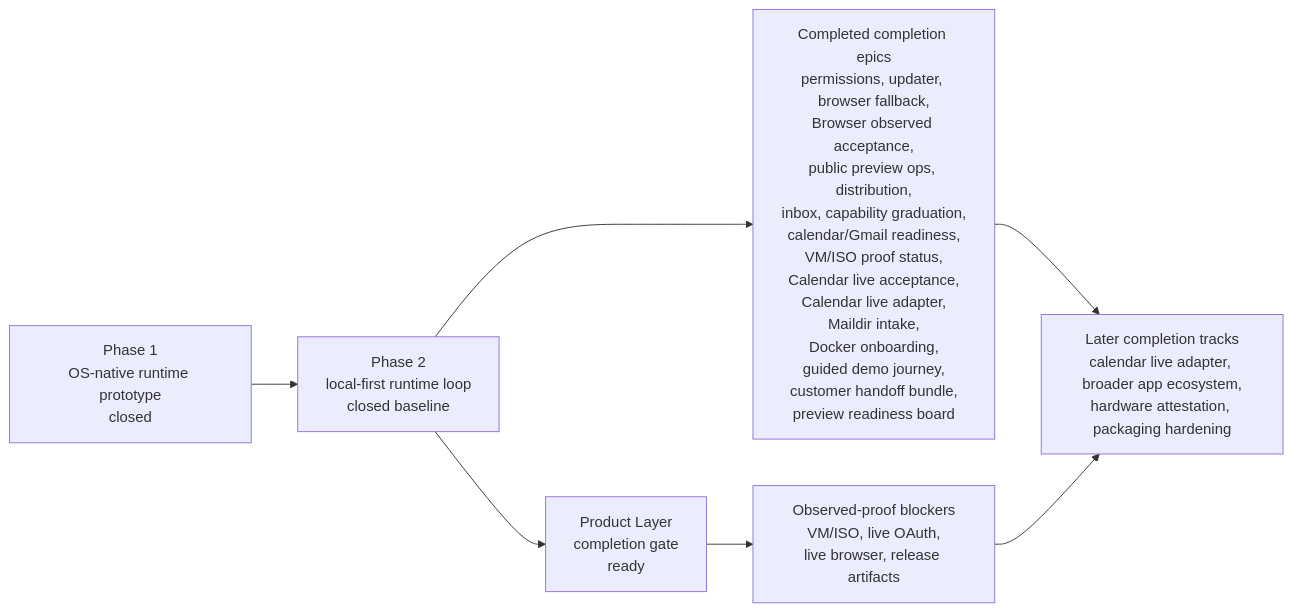
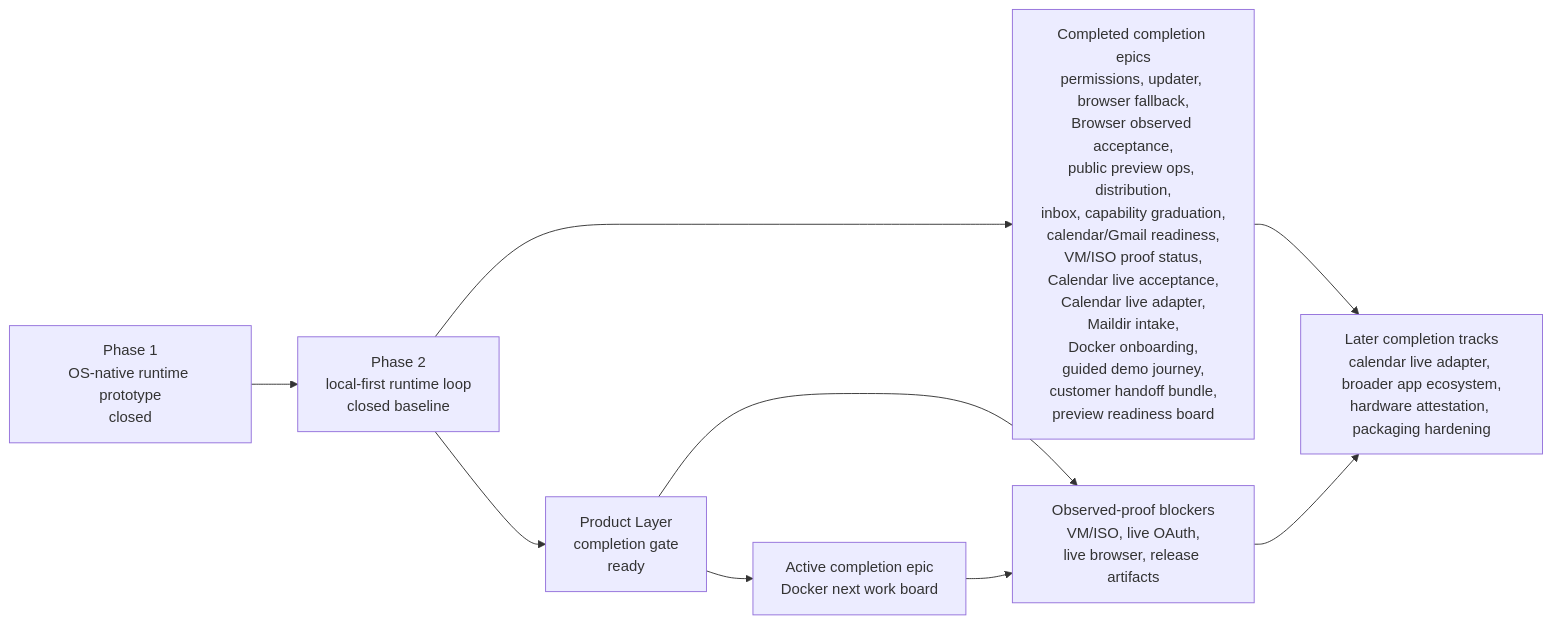
Before and after one commit to Jongtae/agentos: the diagram in README.md, drawn with Mermaid. The commit also changed other lines of this file and 10 other files, not shown here.

Commit message:
Add Docker next work board

````diff
--- a/README.md
+++ b/README.md
@@ -179,15 +179,17 @@
 ```mermaid
 flowchart LR
   phase1["Phase 1\nOS-native runtime prototype\nclosed"]
   phase2["Phase 2\nlocal-first runtime loop\nclosed baseline"]
   ready["Product Layer\ncompletion gate\nready"]
+  active["Active completion epic\nDocker next work board"]
   completed["Completed completion epics\npermissions, updater, browser fallback,\nBrowser observed acceptance,\npublic preview ops, distribution,\ninbox, capability graduation,\ncalendar/Gmail readiness,\nVM/ISO proof status,\nCalendar live acceptance,\nCalendar live adapter,\nMaildir intake,\nDocker onboarding,\nguided demo journey,\ncustomer handoff bundle,\npreview readiness board"]
   blocked["Observed-proof blockers\nVM/ISO, live OAuth,\nlive browser, release artifacts"]
   future["Later completion tracks\ncalendar live adapter, broader app ecosystem,\nhardware attestation, packaging hardening"]
 
-  phase1 --> phase2 --> ready
+  phase1 --> phase2 --> ready --> active
   phase2 --> completed
   ready --> blocked
+  active --> blocked
   completed --> future
   blocked --> future
 ```
````
